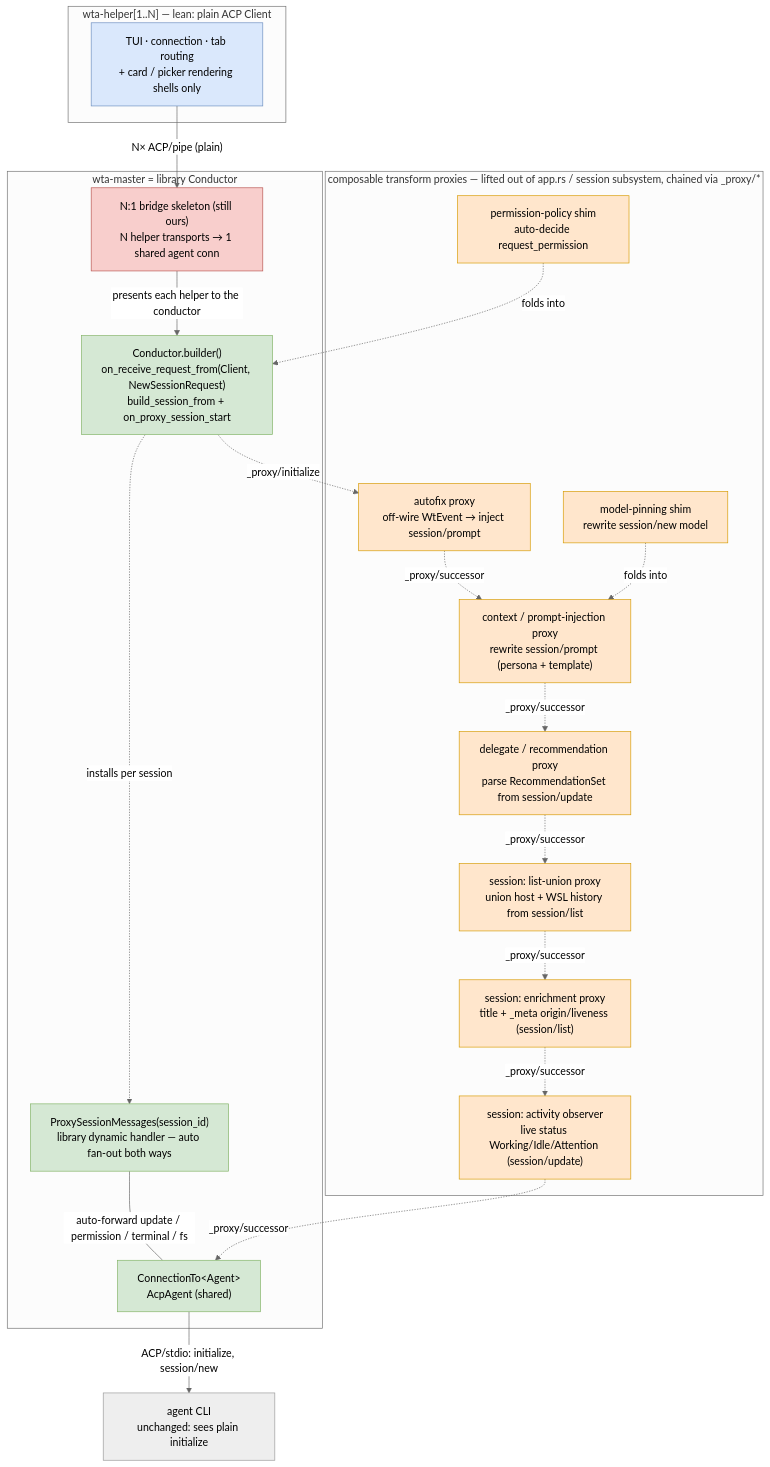
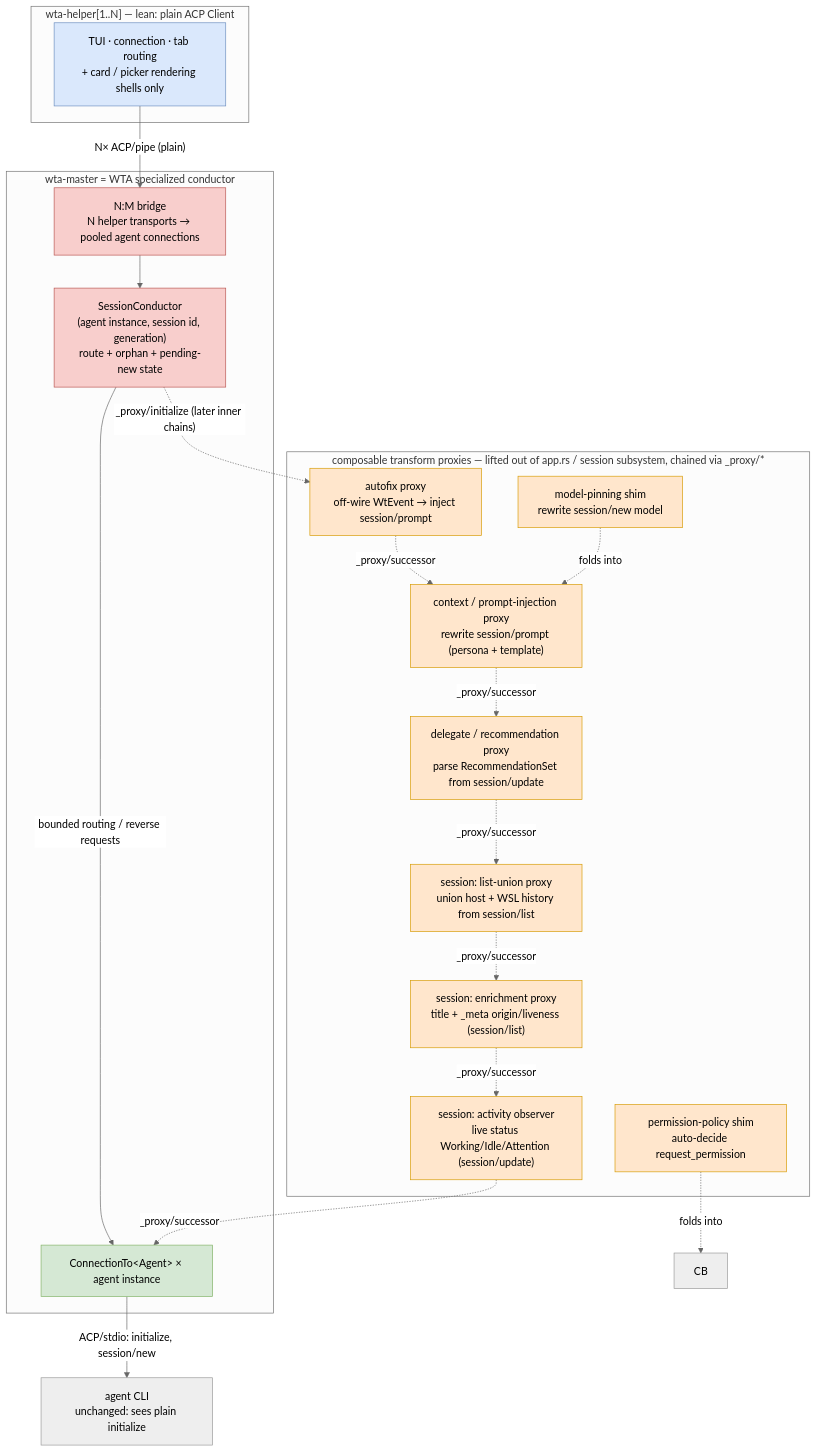
The second of 5 diagrams in doc/specs/acp-1.0-conductor-migration.md (microsoft/intelligent-terminal), drawn with Mermaid (neutral theme) before and after one commit. The commit also changed other lines of this file and 3 other files, not shown here.

First line of the commit message:
Extract ACP session conductor

````diff
--- a/doc/specs/acp-1.0-conductor-migration.md
+++ b/doc/specs/acp-1.0-conductor-migration.md
@@ -188,50 +188,48 @@
 ```mermaid
 flowchart TB
     subgraph helper["wta-helper[1..N] — lean: plain ACP Client"]
         PLUMB["TUI · connection · tab routing<br/>+ card / picker rendering shells only"]
     end
 
     subgraph proxies["composable transform proxies — lifted out of app.rs / session subsystem, chained via _proxy/*"]
         AFX["autofix proxy<br/>off-wire WtEvent → inject session/prompt"]
         CTX["context / prompt-injection proxy<br/>rewrite session/prompt (persona + template)"]
         REC["delegate / recommendation proxy<br/>parse RecommendationSet from session/update"]
         SLU["session: list-union proxy<br/>union host + WSL history from session/list"]
         SLE["session: enrichment proxy<br/>title + _meta origin/liveness (session/list)"]
         SLA["session: activity observer<br/>live status Working/Idle/Attention (session/update)"]
         MOD["model-pinning shim<br/>rewrite session/new model"]
         PERM["permission-policy shim<br/>auto-decide request_permission"]
     end
 
-    subgraph master["wta-master = library Conductor"]
-        CB["Conductor.builder()<br/>on_receive_request_from(Client, NewSessionRequest)<br/>build_session_from + on_proxy_session_start"]
-        PSM["ProxySessionMessages(session_id)<br/>library dynamic handler — auto fan-out both ways"]
-        BR["N:1 bridge skeleton (still ours)<br/>N helper transports → 1 shared agent conn"]
-        AC["ConnectionTo&lt;Agent&gt;<br/>AcpAgent (shared)"]
+    subgraph master["wta-master = WTA specialized conductor"]
+        SC["SessionConductor<br/>(agent instance, session id, generation)<br/>route + orphan + pending-new state"]
+        BR["N:M bridge<br/>N helper transports → pooled agent connections"]
+        AC["ConnectionTo&lt;Agent&gt; × agent instance"]
     end
 
     CLI["agent CLI<br/>unchanged: sees plain initialize"]
 
     PLUMB -->|"N× ACP/pipe (plain)"| BR
-    BR -->|"presents each helper to the conductor"| CB
-    CB -.->|"installs per session"| PSM
-    PSM ---|"auto-forward update / permission / terminal / fs"| AC
-    CB -.->|"_proxy/initialize"| AFX
+    BR --> SC
+    SC -->|"bounded routing / reverse requests"| AC
+    SC -.->|"_proxy/initialize (later inner chains)"| AFX
     AFX -.->|"_proxy/successor"| CTX
     CTX -.->|"_proxy/successor"| REC
     REC -.->|"_proxy/successor"| SLU
     SLU -.->|"_proxy/successor"| SLE
     SLE -.->|"_proxy/successor"| SLA
     SLA -.->|"_proxy/successor"| AC
     AC -->|"ACP/stdio: initialize, session/new"| CLI
     MOD -.->|"folds into"| CTX
     PERM -.->|"folds into"| CB
 
     classDef proxyable fill:#ffe6cc,stroke:#d79b00,color:#000;
     classDef plumbing fill:#dae8fc,stroke:#6c8ebf,color:#000;
     classDef library fill:#d5e8d4,stroke:#82b366,color:#000;
     classDef handrolled fill:#f8cecc,stroke:#b85450,color:#000;
     class AFX,CTX,REC,SLU,SLE,SLA,MOD,PERM proxyable;
     class PLUMB plumbing;
-    class CB,PSM,AC library;
-    class BR handrolled;
+    class AC library;
+    class SC,BR handrolled;
 ```
````
